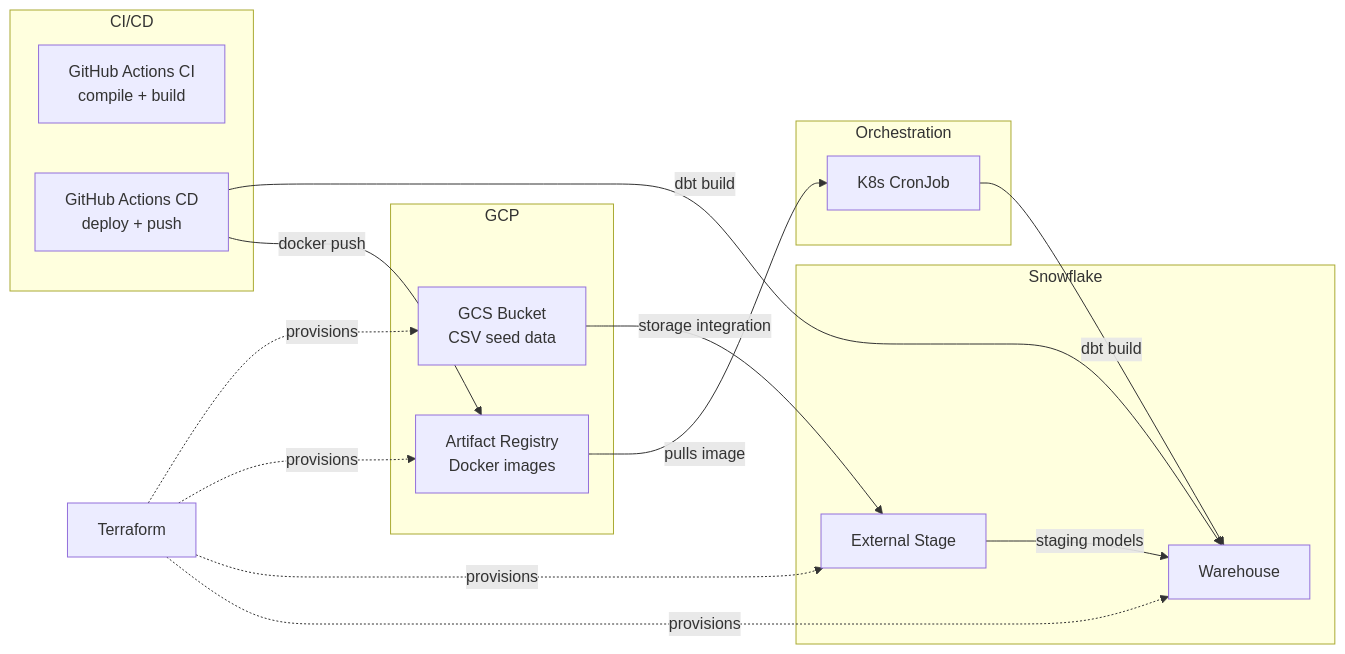
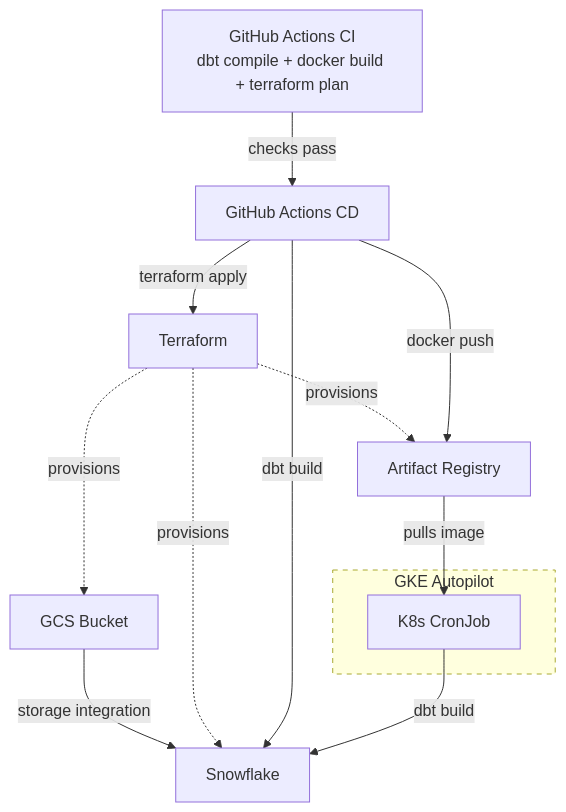
The diagram in README.md (skillicinski/superstore), drawn with Mermaid before and after one commit.

Commit message:
Update design chart.

````diff
--- a/README.md
+++ b/README.md
@@ -7,34 +7,17 @@
 ```mermaid
-graph LR
-    subgraph GCP
-        GCS[GCS Bucket<br/>CSV seed data]
-        AR[Artifact Registry<br/>Docker images]
+graph TD
+    GCS[GCS Bucket] -->|storage integration| Snowflake
+    Terraform -.->|provisions| GCS
+    Terraform -.->|provisions| Snowflake
+    Terraform -.->|provisions| AR[Artifact Registry]
+    CD[GitHub Actions CD] -->|terraform apply| Terraform
+    CD -->|dbt build| Snowflake
+    CD -->|docker push| AR
+    CI[GitHub Actions CI<br/>dbt compile + docker build + terraform plan] -->|checks pass| CD
+    subgraph GKE [GKE Autopilot]
+        K8s[K8s CronJob]
     end
-
-    subgraph Snowflake
-        STG[External Stage]
-        WH[Warehouse]
-    end
-
-    subgraph CI/CD
-        CI[GitHub Actions CI<br/>compile + build]
-        CD[GitHub Actions CD<br/>deploy + push]
-    end
-
-    GCS -->|storage integration| STG
-    STG -->|staging models| WH
-    CD -->|dbt build| WH
-    CD -->|docker push| AR
-
-    subgraph Orchestration
-        K8S[K8s CronJob]
-    end
-
-    AR -->|pulls image| K8S
-    K8S -->|dbt build| WH
-
-    TF[Terraform] -.->|provisions| GCS
-    TF -.->|provisions| AR
-    TF -.->|provisions| STG
-    TF -.->|provisions| WH
+    AR -->|pulls image| K8s
+    K8s -->|dbt build| Snowflake
+    style GKE stroke-dasharray: 5 5
 ```
````
